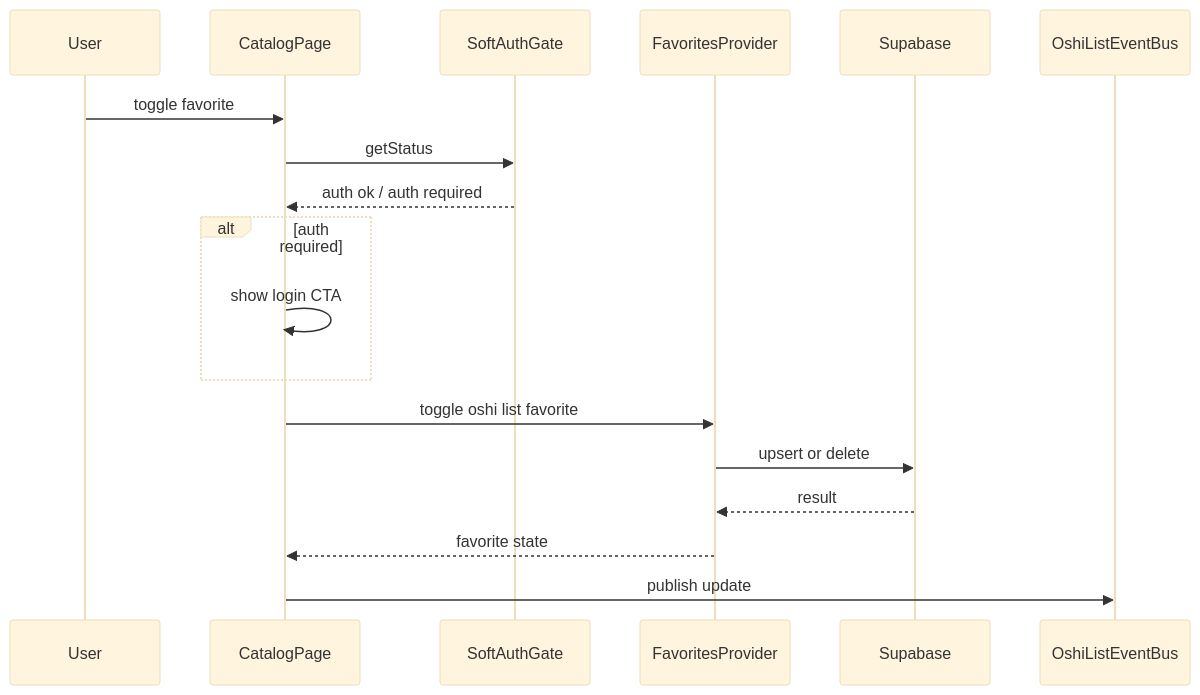
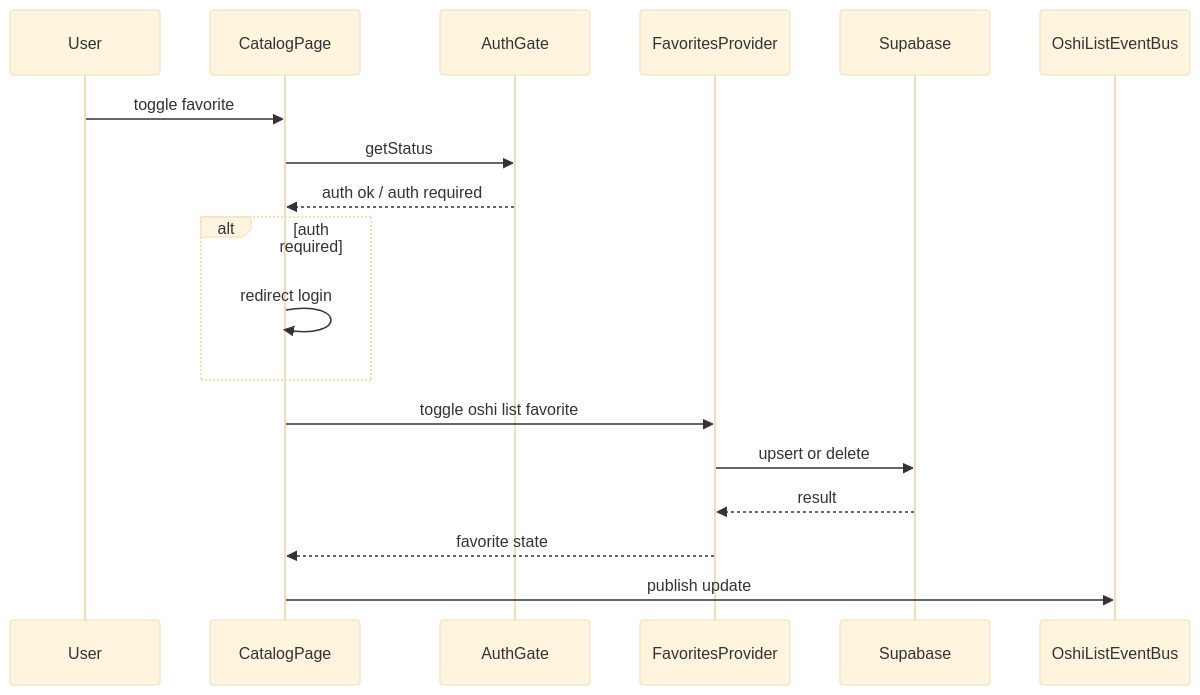
Before and after one commit to arinko39140/mangadouga: the third of 4 diagrams in .kiro/specs/oshi-list-favorites-registered-only/design.md, drawn with Mermaid (base theme). The commit also changed other lines of this file and 1 other file, not shown here.

Commit message:
Require login for oshi list catalog

````diff
--- a/.kiro/specs/oshi-list-favorites-registered-only/design.md
+++ b/.kiro/specs/oshi-list-favorites-registered-only/design.md
@@ -127,19 +131,19 @@
 ```mermaid
 sequenceDiagram
   participant User
   participant CatalogPage
-  participant SoftAuthGate
+  participant AuthGate
   participant FavoritesProvider
   participant Supabase
   User ->> CatalogPage: toggle favorite
-  CatalogPage ->> SoftAuthGate: getStatus
-  SoftAuthGate -->> CatalogPage: auth ok / auth required
+  CatalogPage ->> AuthGate: getStatus
+  AuthGate -->> CatalogPage: auth ok / auth required
   alt auth required
-    CatalogPage ->> CatalogPage: show login CTA
+    CatalogPage ->> CatalogPage: redirect login
   end
   CatalogPage ->> FavoritesProvider: toggle oshi list favorite
   FavoritesProvider ->> Supabase: upsert or delete
   Supabase -->> FavoritesProvider: result
   FavoritesProvider -->> CatalogPage: favorite state
   CatalogPage ->> OshiListEventBus: publish update
 ```
````
